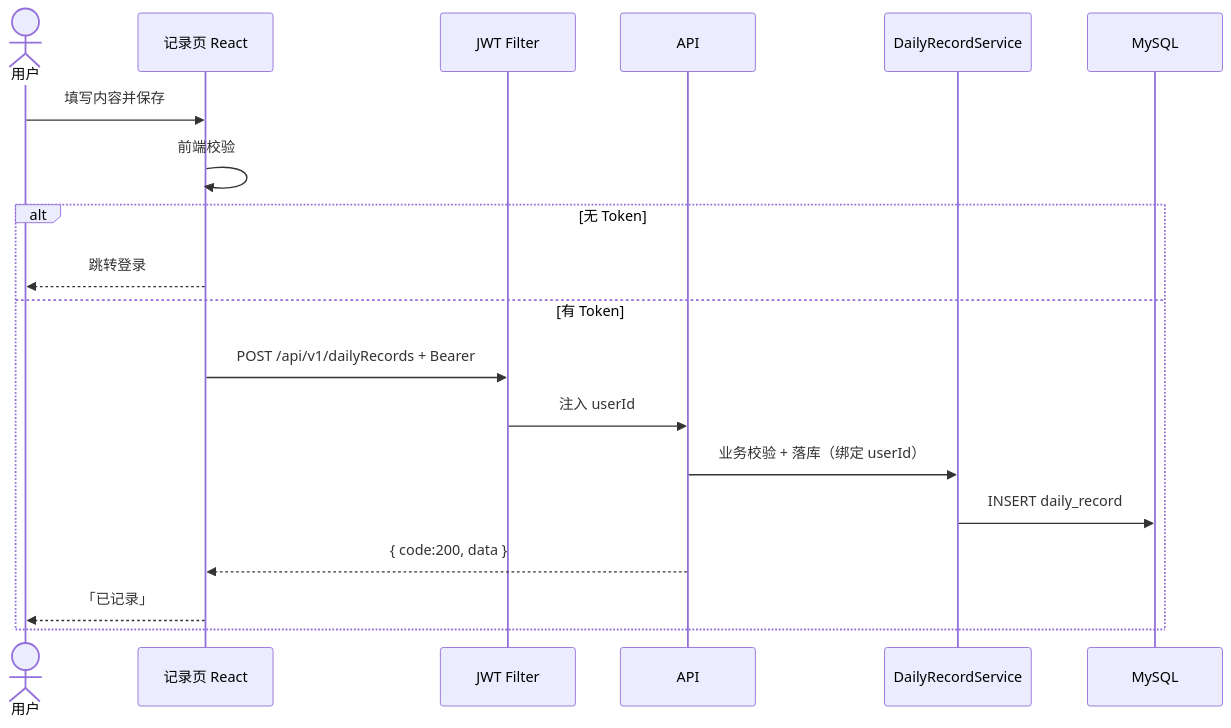
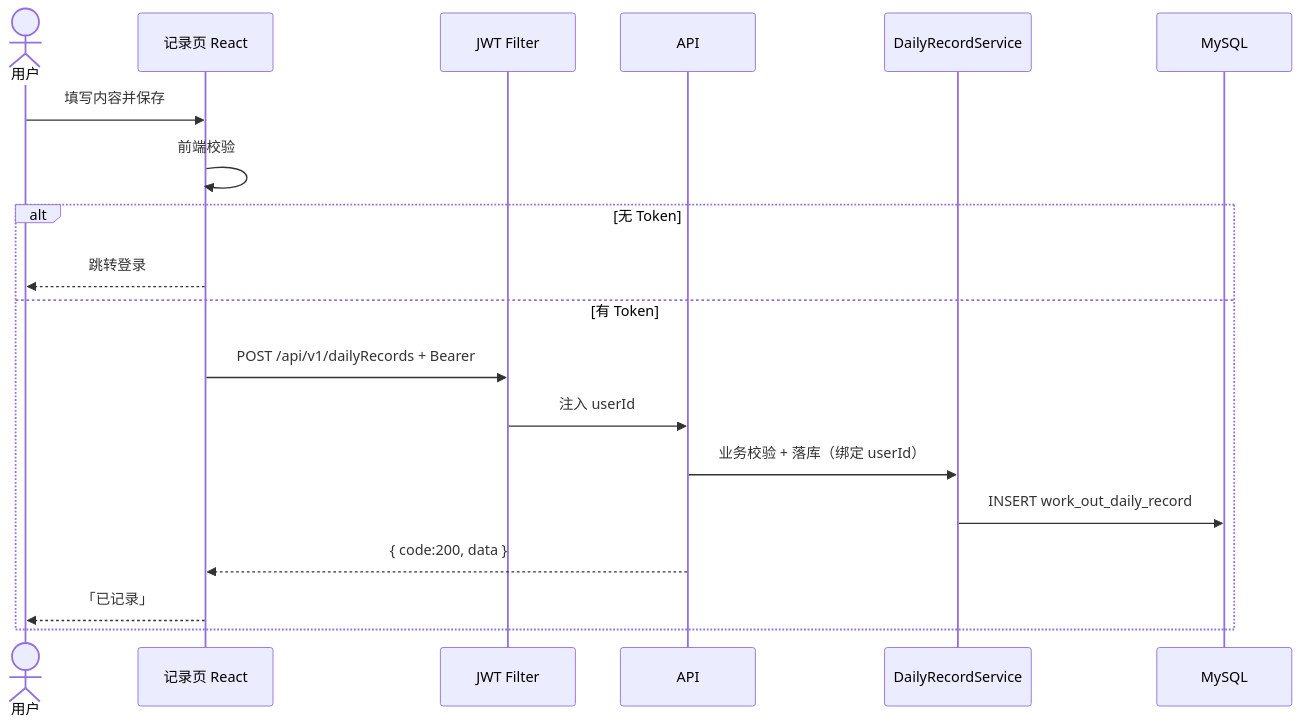
Before and after one commit to lippchan-cloud/workOut: the sixth of 11 diagrams in doc/workOut-技术架构.md, drawn with Mermaid. The commit also changed other lines of this file and 75 other files, not shown here.

Commit message:
refactor(backend): re-layer modules and prefix tables with work_out

````diff
--- a/doc/workOut-技术架构.md
+++ b/doc/workOut-技术架构.md
@@ -195,22 +210,22 @@
 ```mermaid
 sequenceDiagram
   actor U as 用户
   participant P as 记录页 React
   participant F as JWT Filter
   participant A as API
   participant S as DailyRecordService
   participant DB as MySQL
 
   U->>P: 填写内容并保存
   P->>P: 前端校验
   alt 无 Token
     P-->>U: 跳转登录
   else 有 Token
     P->>F: POST /api/v1/dailyRecords + Bearer
     F->>A: 注入 userId
     A->>S: 业务校验 + 落库（绑定 userId）
-    S->>DB: INSERT daily_record
+    S->>DB: INSERT work_out_daily_record
     A-->>P: { code:200, data }
     P-->>U: 「已记录」
   end
 ```
````
